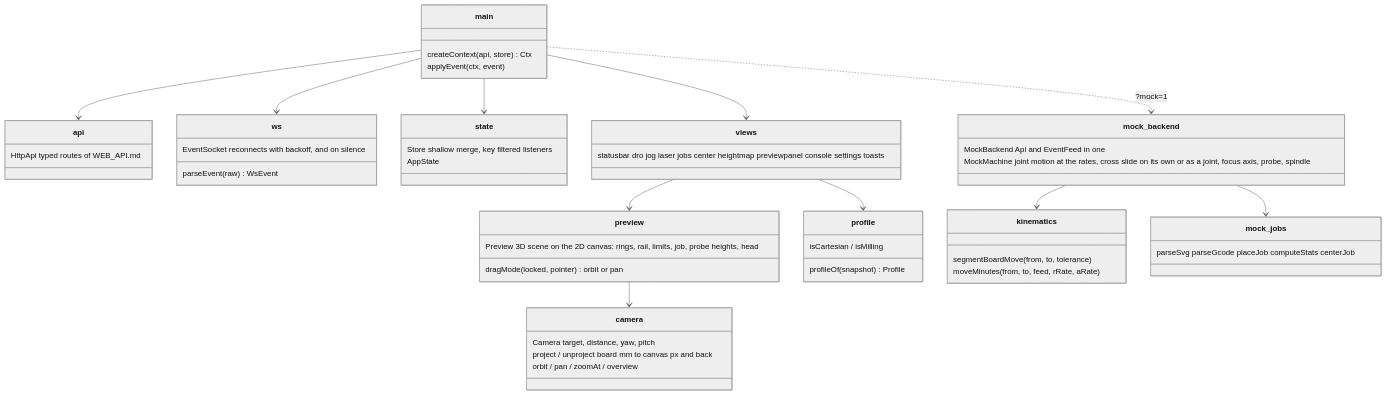
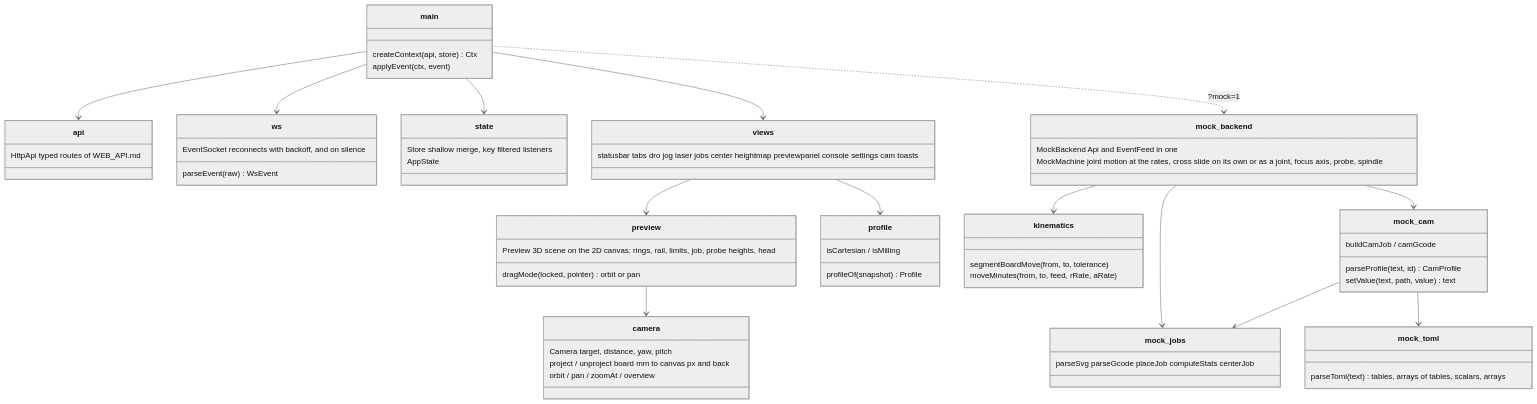
The diagram in web/frontend/README.md (tmpk13/spinny-cnc), drawn with Mermaid (neutral theme) before and after one commit. The commit also changed other lines of this file and 38 other files, not shown here.

````diff
--- a/web/frontend/README.md
+++ b/web/frontend/README.md
@@ -73,55 +89,66 @@
 ```mermaid
 classDiagram
     class main {
         createContext(api, store) Ctx
         applyEvent(ctx, event)
     }
     class api {
         HttpApi  typed routes of WEB_API.md
     }
     class ws {
         EventSocket  reconnects with backoff, and on silence
         parseEvent(raw) WsEvent
     }
     class state {
         Store  shallow merge, key filtered listeners
         AppState
     }
     class views {
-        statusbar dro jog laser jobs center heightmap previewpanel console settings toasts
+        statusbar tabs dro jog laser jobs center heightmap previewpanel console settings cam toasts
     }
     class preview {
         Preview  3D scene on the 2D canvas: rings, rail, limits, job, probe heights, head
         dragMode(locked, pointer) orbit or pan
     }
     class camera {
         Camera target, distance, yaw, pitch
         project / unproject  board mm to canvas px and back
         orbit / pan / zoomAt / overview
     }
     class profile {
         profileOf(snapshot) Profile
         isCartesian / isMilling
     }
     class kinematics {
         segmentBoardMove(from, to, tolerance)
         moveMinutes(from, to, feed, rRate, aRate)
     }
     class mock_backend {
         MockBackend  Api and EventFeed in one
         MockMachine  joint motion at the rates, cross slide on its own or as a joint, focus axis, probe, spindle
     }
     class mock_jobs {
         parseSvg parseGcode placeJob computeStats centerJob
     }
+    class mock_cam {
+        parseProfile(text, id) CamProfile
+        setValue(text, path, value) text
+        buildCamJob / camGcode
+    }
+    class mock_toml {
+        parseToml(text) tables, arrays of tables, scalars, arrays
+    }
     main --> api
     main --> ws
     main --> state
     main --> views
     views --> preview
     preview --> camera
     views --> profile
     mock_backend --> kinematics
     mock_backend --> mock_jobs
+    mock_backend --> mock_cam
+    mock_cam --> mock_toml
+    mock_cam --> mock_jobs
     main ..> mock_backend : ?mock=1
 ```
````
